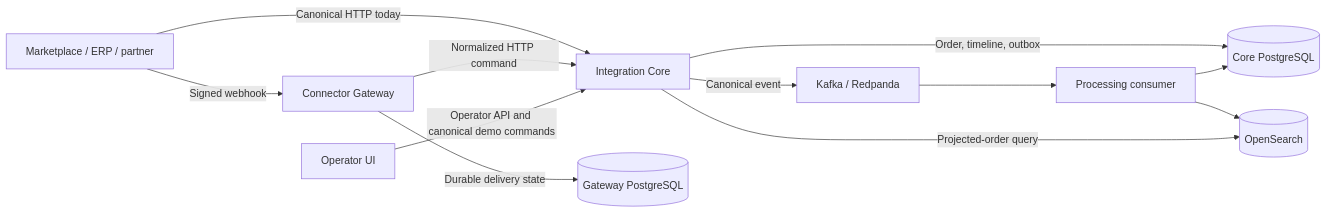
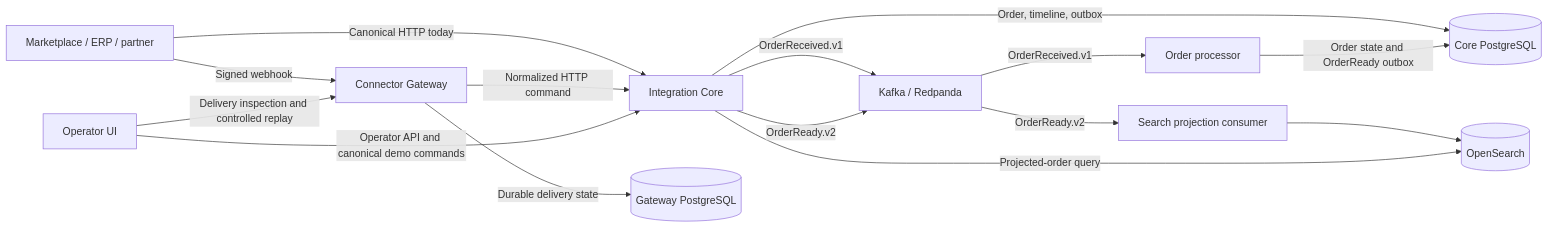
Before and after one commit to PietroRussoD/commerce-integration-hub: the diagram in docs/product-overview.md, drawn with Mermaid. The commit also changed other lines of this file and 16 other files, not shown here.

````diff
--- a/docs/product-overview.md
+++ b/docs/product-overview.md
@@ -46,23 +47,27 @@
 ```mermaid
 flowchart LR
     Source[Marketplace / ERP / partner]
     Gateway[Connector Gateway]
     Core[Integration Core]
     GatewayDatabase[(Gateway PostgreSQL)]
     CoreDatabase[(Core PostgreSQL)]
     Broker[Kafka / Redpanda]
-    Processor[Processing consumer]
+    Processor[Order processor]
+    Projection[Search projection consumer]
     Search[(OpenSearch)]
     UI[Operator UI]
     Source -->|Canonical HTTP today| Core
     Source -->|Signed webhook| Gateway
     Gateway -->|Durable delivery state| GatewayDatabase
     Gateway -->|Normalized HTTP command| Core
     Core -->|Order, timeline, outbox| CoreDatabase
-    Core -->|Canonical event| Broker
-    Broker --> Processor
-    Processor --> CoreDatabase
-    Processor --> Search
+    Core -->|OrderReceived.v1| Broker
+    Broker -->|OrderReceived.v1| Processor
+    Processor -->|Order state and OrderReady outbox| CoreDatabase
+    Core -->|OrderReady.v2| Broker
+    Broker -->|OrderReady.v2| Projection
+    Projection --> Search
     UI -->|Operator API and canonical demo commands| Core
+    UI -->|Delivery inspection and controlled replay| Gateway
     Core -->|Projected-order query| Search
 ```
````
